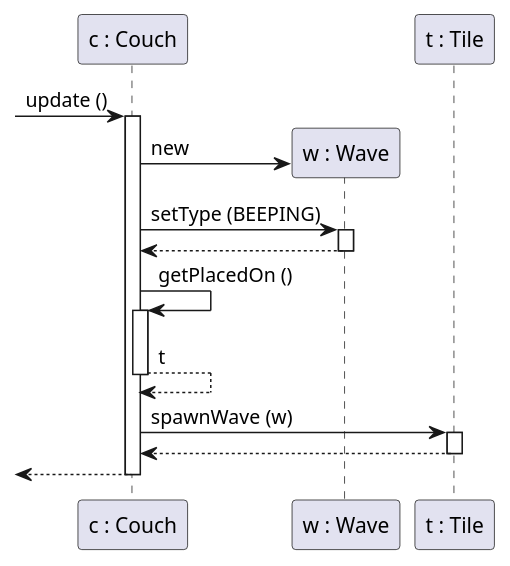
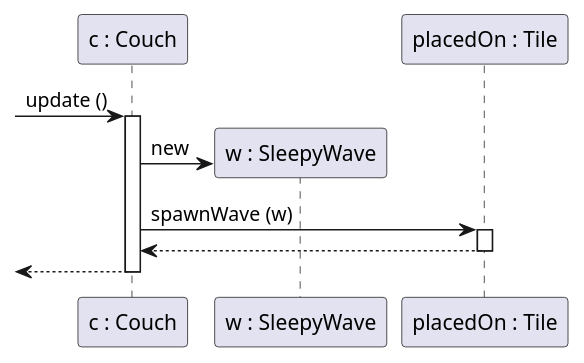
Before and after one commit to bokovhu/software-project-laboratory-assignment: the diagram in 3-analysis-modell/java/src/main/plantuml/SequenceDiagram_Couch_update.puml, drawn with PlantUML. The commit also changed 8 other files, not shown here.

```diff
--- a/3-analysis-modell/java/src/main/plantuml/SequenceDiagram_Couch_update.puml
+++ b/3-analysis-modell/java/src/main/plantuml/SequenceDiagram_Couch_update.puml
@@ -1,27 +1,24 @@
 @startuml
 
 skinparam classAttributeIconSize 0
 skinparam guillemet false
 
 participant "c : Couch" as c
-participant "w : Wave" as w
-participant "t : Tile" as t
+participant "w : SleepyWave" as w
+participant "placedOn : Tile" as t
 
 [-> c : update ()
 activate c
 
 c -> w ** : new
 
-c -> w ++ : setType (BEEPING)
-w --> c --
 
-c -> c ++ : getPlacedOn ()
-c --> c -- : t
+
 
 c -> t ++ : spawnWave (w)
 t --> c --
 
 [<-- c
 deactivate c
 
 @enduml
```
